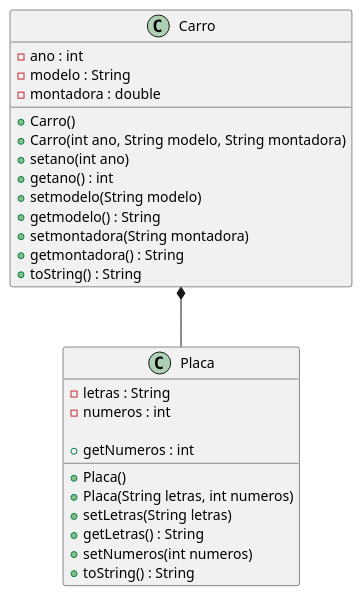
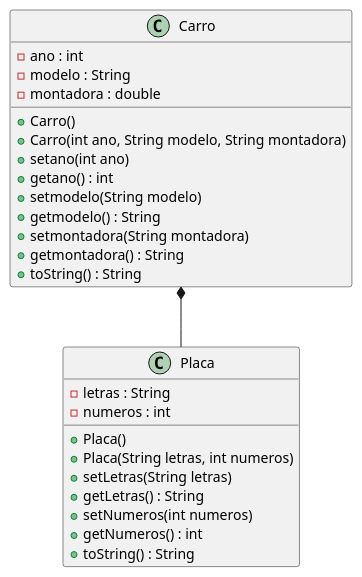
Before and after one commit to leonardogoandete/PW-: the diagram in src/aula9/uml/carro_placa.puml, drawn with PlantUML.

Commit message:
Criado diagramas do enunciado

```diff
--- a/src/aula9/uml/carro_placa.puml
+++ b/src/aula9/uml/carro_placa.puml
@@ -1,31 +1,31 @@
 @startuml
 Carro *-- Placa
 class Carro {
     - ano : int
     - modelo : String
     - montadora : double
 
     + Carro()
     + Carro(int ano, String modelo, String montadora)
     + setano(int ano)
     + getano() : int
     + setmodelo(String modelo)
     + getmodelo() : String
     + setmontadora(String montadora)
     + getmontadora() : String
     + toString() : String
 }
 
 class Placa{
     - letras : String
     - numeros : int
 
     + Placa()
     + Placa(String letras, int numeros)
     + setLetras(String letras)
     + getLetras() : String
     + setNumeros(int numeros)
-    + getNumeros : int
+    + getNumeros() : int
     + toString() : String
 }
 @enduml
```
